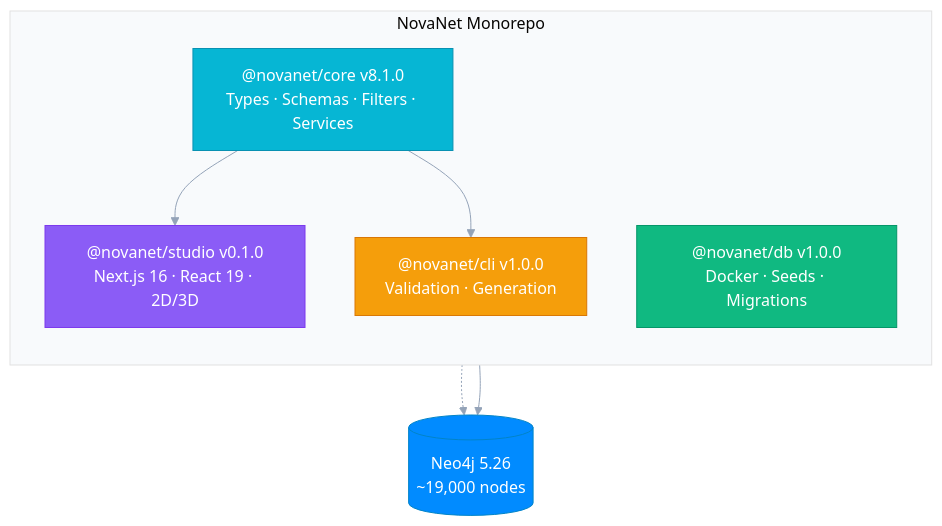
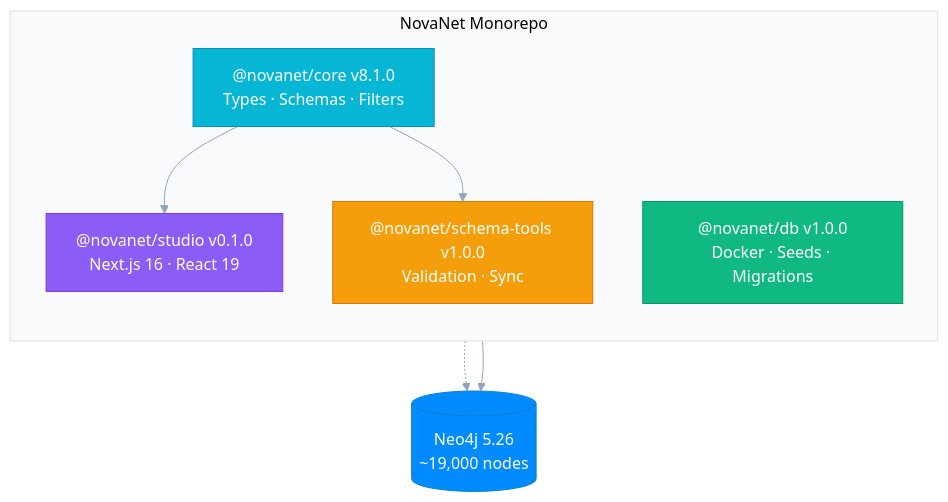
One commit to supernovae-st/novanet changed the diagram in README.md. Above: the diagram before and after it, drawn with Mermaid. The commit also changed other lines of this file and 24 other files, not shown here.

````diff
--- a/README.md
+++ b/README.md
@@ -43,31 +43,31 @@
 ```mermaid
 %%{init: {'theme': 'base', 'themeVariables': {
   'primaryColor': '#6366f1',
   'primaryTextColor': '#fff',
   'primaryBorderColor': '#4f46e5',
   'lineColor': '#94a3b8',
   'secondaryColor': '#06b6d4',
   'tertiaryColor': '#f8fafc'
 }}}%%
 flowchart TB
     subgraph MONO["NovaNet Monorepo"]
         direction TB
-        CORE["@novanet/core v8.1.0\nTypes · Schemas · Filters · Services"]
+        CORE["@novanet/core v8.1.0\nTypes · Schemas · Filters"]
         DB["@novanet/db v1.0.0\nDocker · Seeds · Migrations"]
-        CLI["@novanet/cli v1.0.0\nValidation · Generation"]
-        STUDIO["@novanet/studio v0.1.0\nNext.js 16 · React 19 · 2D/3D"]
+        ST["@novanet/schema-tools v1.0.0\nValidation · Sync"]
+        STUDIO["@novanet/studio v0.1.0\nNext.js 16 · React 19"]
     end
 
     CORE --> STUDIO
-    CORE --> CLI
+    CORE --> ST
 
     NEO4J[("Neo4j 5.26\n~19,000 nodes")]
     DB -.-> NEO4J
     STUDIO --> NEO4J
 
     style CORE fill:#06b6d4,stroke:#0891b2,color:#fff
     style DB fill:#10b981,stroke:#059669,color:#fff
-    style CLI fill:#f59e0b,stroke:#d97706,color:#fff
+    style ST fill:#f59e0b,stroke:#d97706,color:#fff
     style STUDIO fill:#8b5cf6,stroke:#7c3aed,color:#fff
     style NEO4J fill:#018bff,stroke:#0284c7,color:#fff
 ```
````
